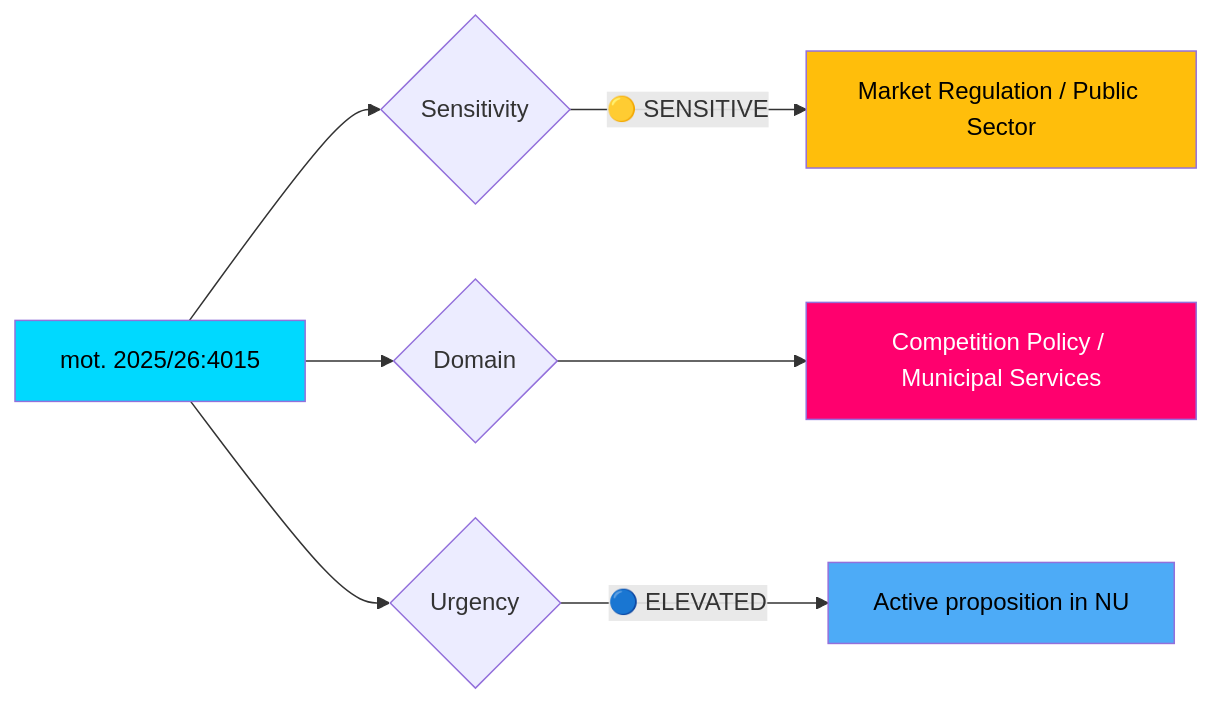
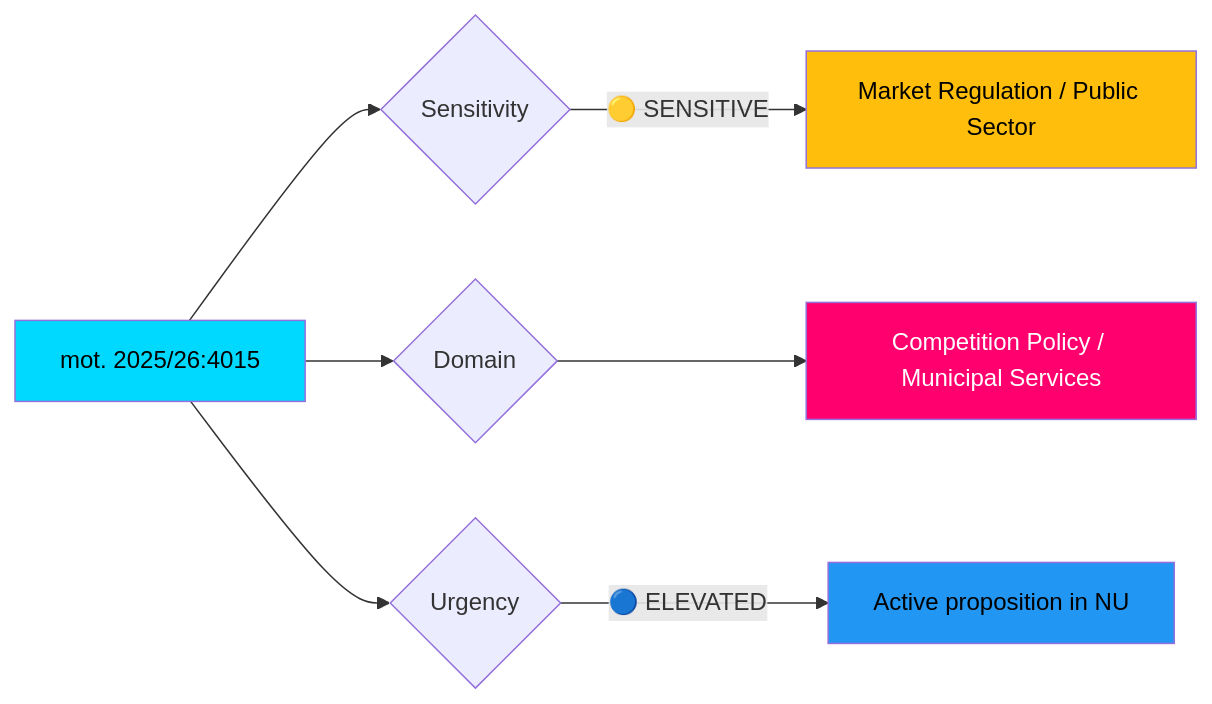
The diagram in analysis/daily/2026-04-13/motions/documents/HD024015-analysis.md (Hack23/riksdagsmonitor), drawn with Mermaid before and after one commit. The commit also changed 785 other files, not shown here.

First line of the commit message:
Normalize mermaid colors across 786 analysis artifacts to ISMS Style Guide palette

````diff
--- a/analysis/daily/2026-04-13/motions/documents/HD024015-analysis.md
+++ b/analysis/daily/2026-04-13/motions/documents/HD024015-analysis.md
@@ -25,13 +25,13 @@
 ```mermaid
 graph LR
     A["mot. 2025/26:4015"] --> B{Sensitivity}
     B -->|"🟡 SENSITIVE"| D["Market Regulation / Public Sector"]
     A --> G{Domain}
     G --> H["Competition Policy / Municipal Services"]
     A --> I{Urgency}
     I -->|"🔵 ELEVATED"| L["Active proposition in NU"]
-    style A fill:#00d9ff,color:#000
-    style D fill:#ffbe0b,color:#000
-    style H fill:#ff006e,color:#fff
-    style L fill:#4dabf7,color:#000
+    style A fill:#00d9ff,color:#000000
+    style D fill:#ffbe0b,color:#000000
+    style H fill:#ff006e,color:#FFFFFF
+    style L fill:#2196F3,color:#000000
 ```
````
